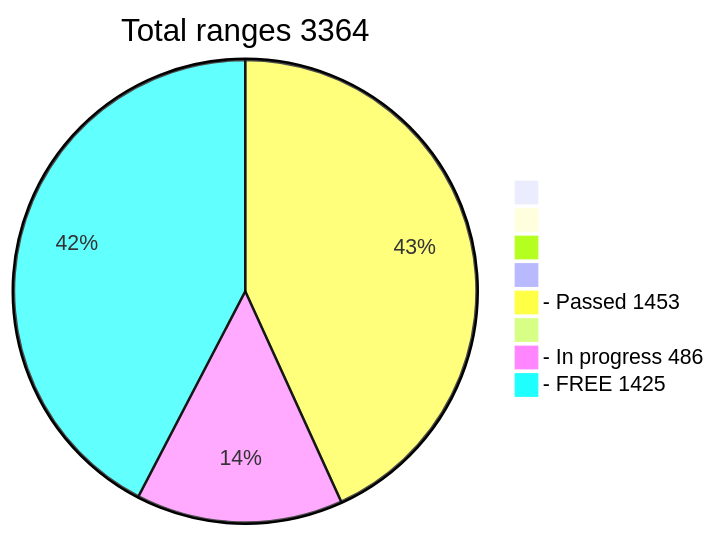
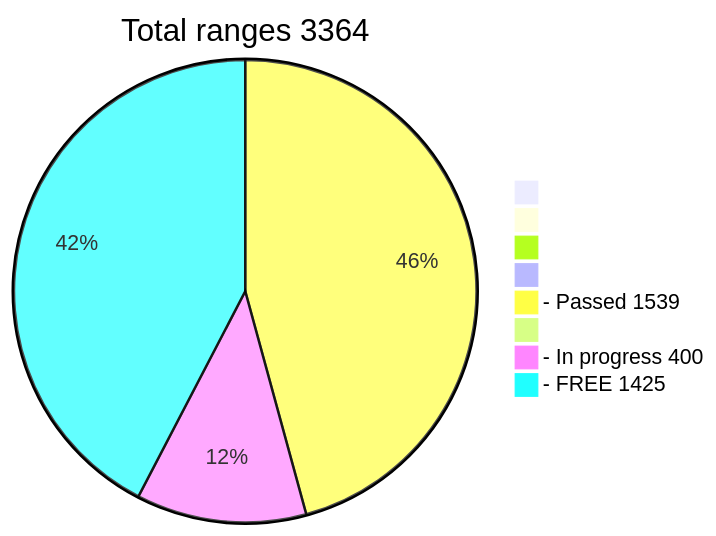
The diagram in README.md (phrutis/wif500), drawn with Mermaid before and after one commit.

````diff
--- a/README.md
+++ b/README.md
@@ -16,12 +16,12 @@
 ```mermaid
 pie title Total ranges 3364
              " " : 0
             "  " : 0
            "   " : 0
           "    " : 0
-  "- Passed 1453" : 1453
+  "- Passed 1539" : 1539
          "     " : 0
-  "- In progress 486" : 486
+  "- In progress 400" : 400
    "- FREE 1425" : 1425
    
 ```
````
